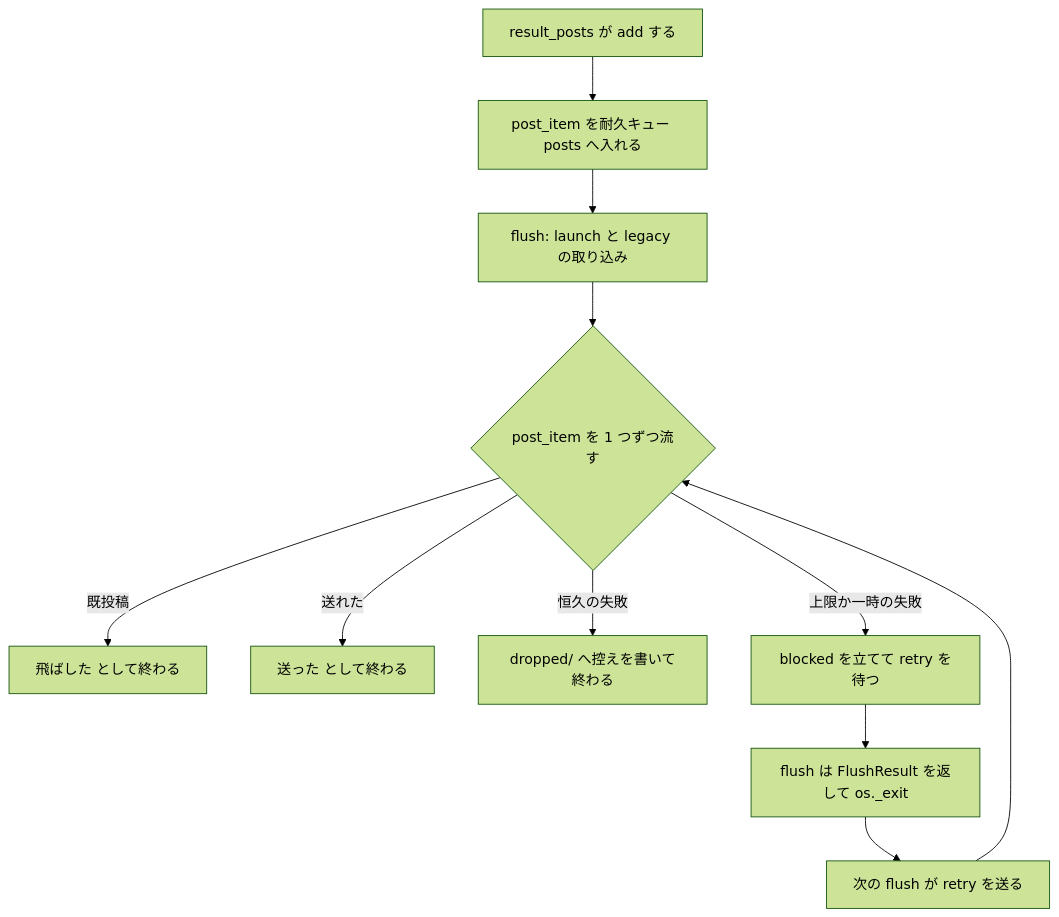
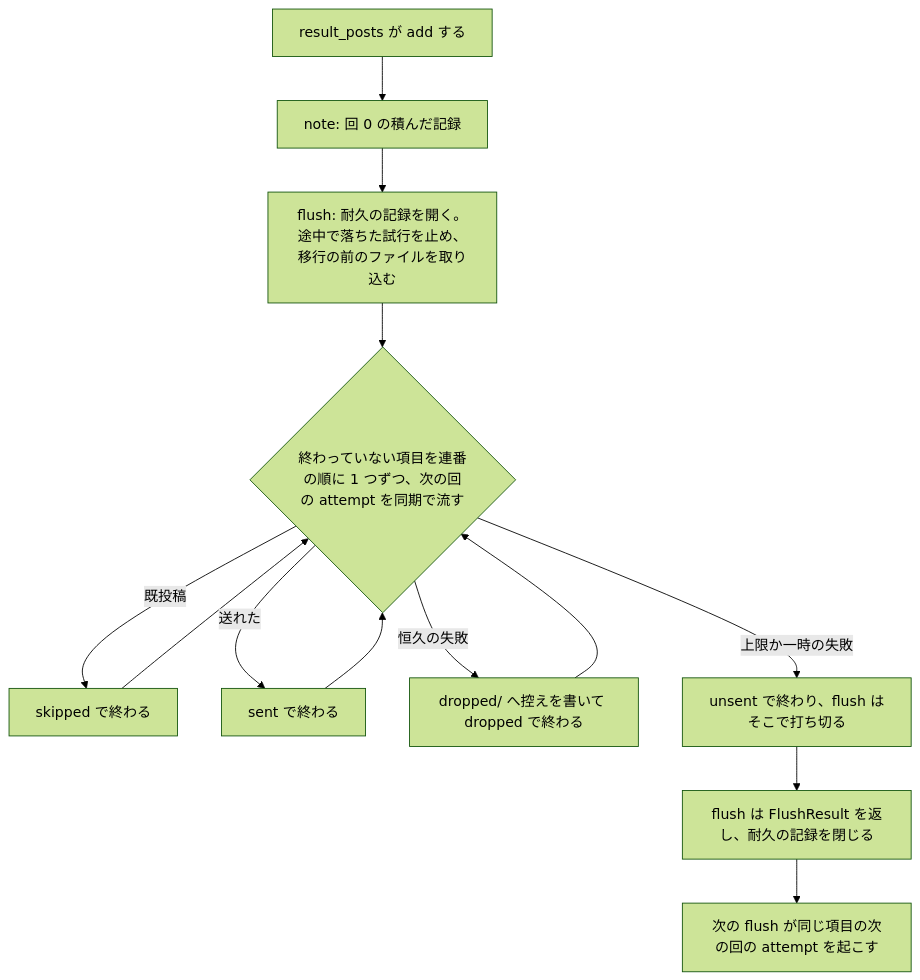
The seventh of 7 diagrams in issues/issue-1142-design-dbos.md (devbasex/ai-plugins), drawn with Mermaid (forest theme) before and after one commit. The commit also changed other lines of this file and 1 other file, not shown here.

````diff
--- a/issues/issue-1142-design-dbos.md
+++ b/issues/issue-1142-design-dbos.md
@@ -563,13 +563,15 @@
 ```mermaid
 graph TD
-    A[result_posts が add する] --> B[post_item を耐久キュー posts へ入れる]
-    B --> C[flush: launch と legacy の取り込み]
-    C --> D{post_item を 1 つずつ流す}
-    D -- 既投稿 --> E[飛ばした として終わる]
-    D -- 送れた --> F[送った として終わる]
-    D -- 恒久の失敗 --> G[dropped/ へ控えを書いて終わる]
-    D -- 上限か一時の失敗 --> H[blocked を立てて retry を待つ]
-    H --> I[flush は FlushResult を返して os._exit]
-    I --> J[次の flush が retry を送る]
-    J --> D
+    A[result_posts が add する] --> B[note: 回 0 の積んだ記録]
+    B --> C[flush: 耐久の記録を開く。途中で落ちた試行を止め、移行の前のファイルを取り込む]
+    C --> D{終わっていない項目を連番の順に 1 つずつ、次の回の attempt を同期で流す}
+    D -- 既投稿 --> E[skipped で終わる]
+    D -- 送れた --> F[sent で終わる]
+    D -- 恒久の失敗 --> G[dropped/ へ控えを書いて dropped で終わる]
+    E --> D
+    F --> D
+    G --> D
+    D -- 上限か一時の失敗 --> H[unsent で終わり、flush はそこで打ち切る]
+    H --> I[flush は FlushResult を返し、耐久の記録を閉じる]
+    I --> J[次の flush が同じ項目の次の回の attempt を起こす]
 ```
````
